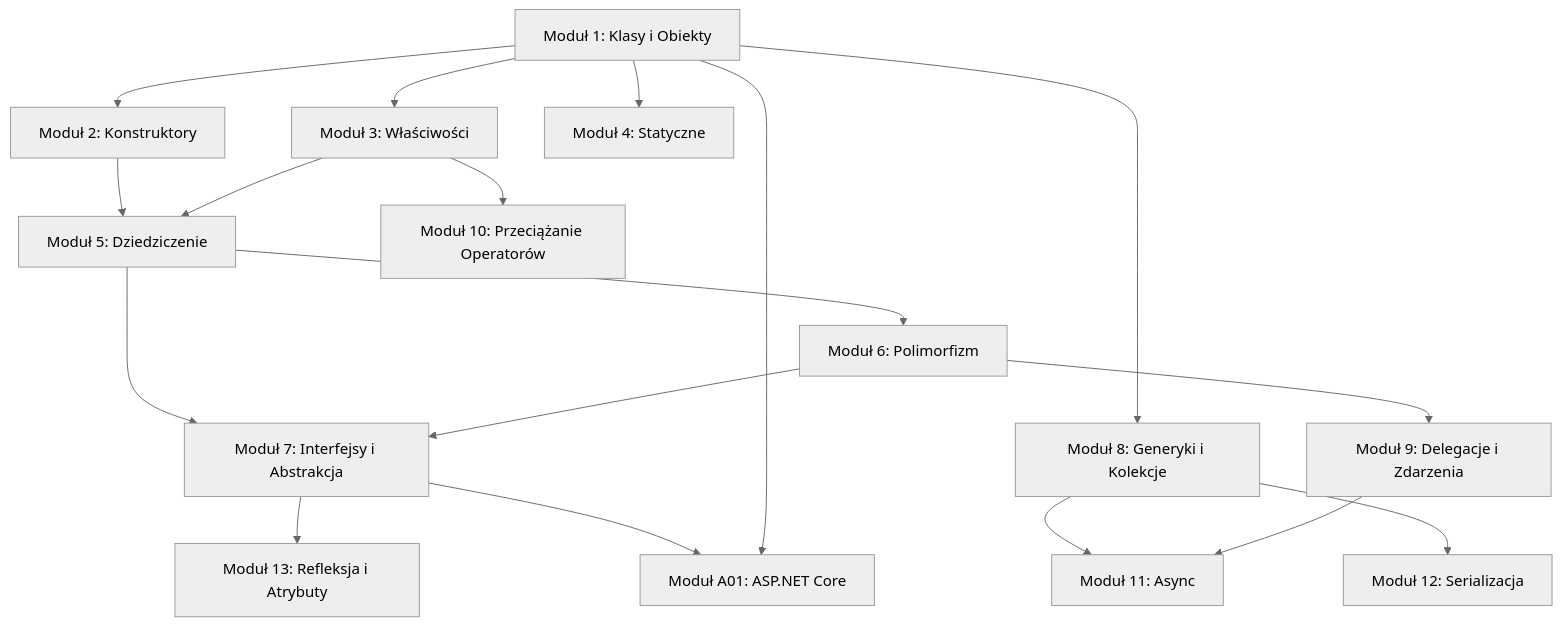
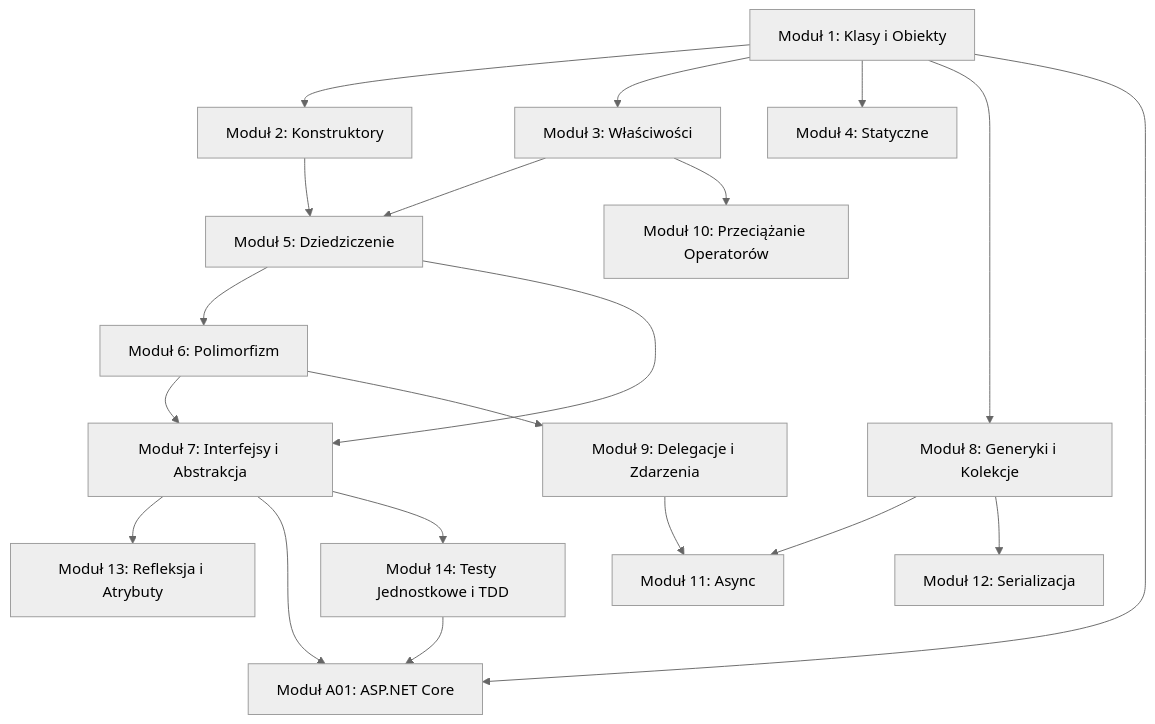
One commit to tborzyszkowski/csharp-programming changed the diagram in README.md. Above: the diagram before and after it, drawn with Mermaid (neutral theme). The commit also changed other lines of this file and 36 other files, not shown here.

````diff
--- a/README.md
+++ b/README.md
@@ -73,35 +74,38 @@
 ```mermaid
 graph TD
     M1["Moduł 1: Klasy i Obiekty"]
     M2["Moduł 2: Konstruktory"]
     M3["Moduł 3: Właściwości"]
     M4["Moduł 4: Statyczne"]
     M5["Moduł 5: Dziedziczenie"]
     M6["Moduł 6: Polimorfizm"]
     M7["Moduł 7: Interfejsy i Abstrakcja"]
     M8["Moduł 8: Generyki i Kolekcje"]
     M9["Moduł 9: Delegacje i Zdarzenia"]
     M10["Moduł 10: Przeciążanie Operatorów"]
     M11["Moduł 11: Async"]
     M12["Moduł 12: Serializacja"]
     M13["Moduł 13: Refleksja i Atrybuty"]
+    M14["Moduł 14: Testy Jednostkowe i TDD"]
     A01["Moduł A01: ASP.NET Core"]
 
     M1 --> M2
     M1 --> M3
     M1 --> M4
     M1 --> M8
     M2 --> M5
     M3 --> M5
     M3 --> M10
     M5 --> M6
     M5 --> M7
     M6 --> M7
     M6 --> M9
     M7 --> M13
     M7 --> A01
+    M7 --> M14
     M8 --> M11
     M9 --> M11
     M8 --> M12
     M1 --> A01
+    M14 --> A01
 ```
````
